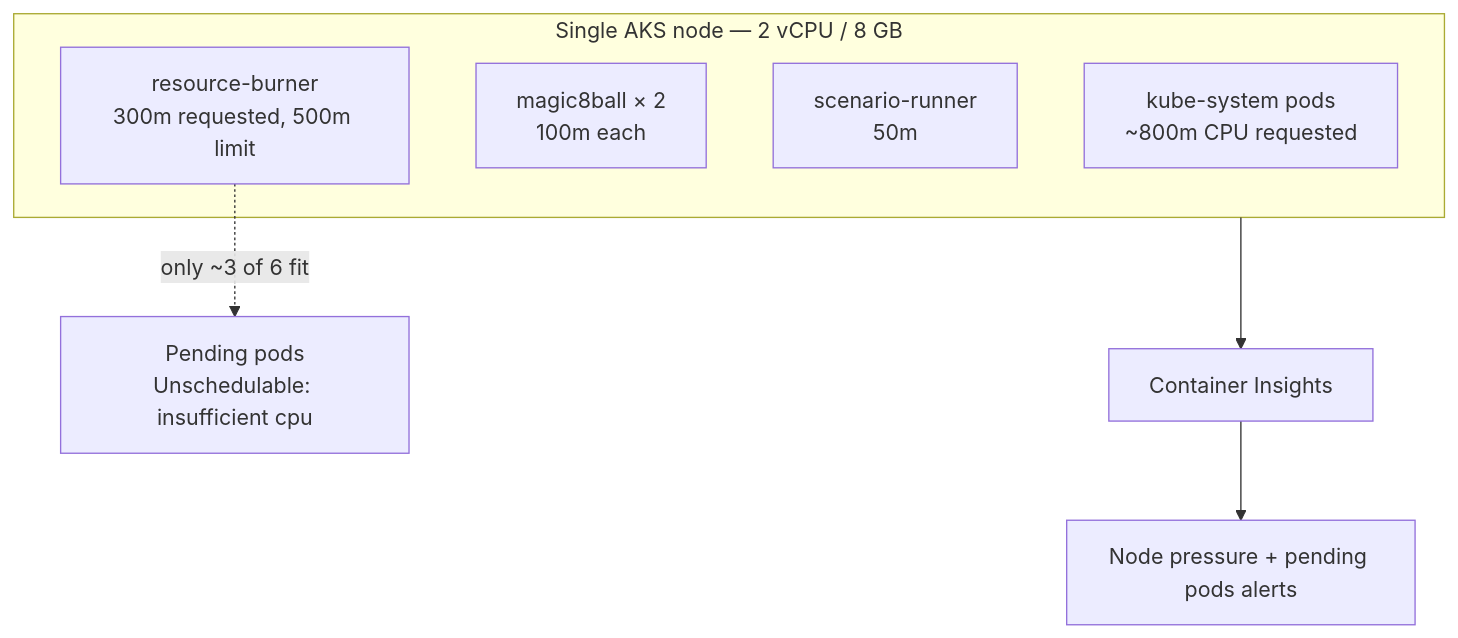
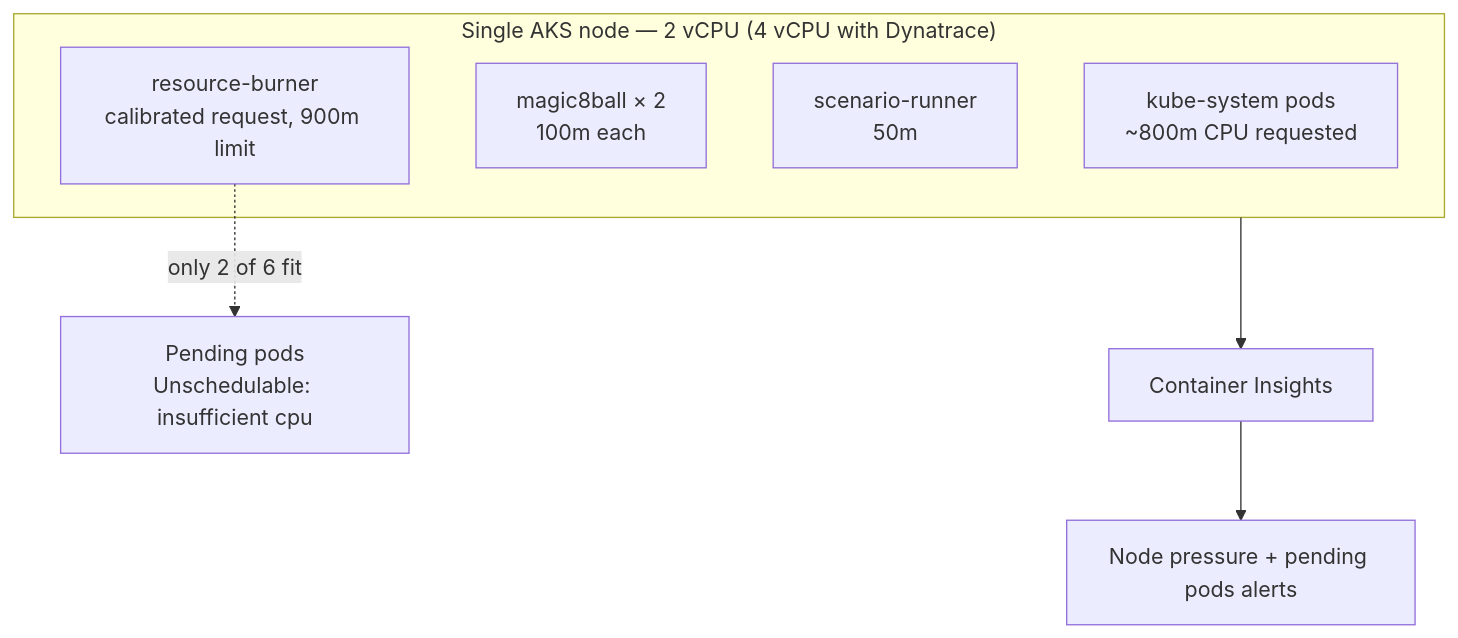
One commit to dmauser/az-sre-dtrace-snow changed the diagram in docs/scenarios/02-aks-capacity.md. Above: the diagram before and after it, drawn with Mermaid. The commit also changed other lines of this file and 9 other files, not shown here.

First line of the commit message:
Size AKS for Dynatrace and fix OneAgent injection in the lab namespace

````diff
--- a/docs/scenarios/02-aks-capacity.md
+++ b/docs/scenarios/02-aks-capacity.md
@@ -30,15 +30,15 @@
 ```mermaid
 flowchart TB
-    subgraph node ["Single AKS node — 2 vCPU / 8 GB"]
+    subgraph node ["Single AKS node — 2 vCPU (4 vCPU with Dynatrace)"]
         sys["kube-system pods<br/>~800m CPU requested"]
         m8["magic8ball × 2<br/>100m each"]
         runner["scenario-runner<br/>50m"]
-        burn["resource-burner<br/>300m requested, 500m limit"]
+        burn["resource-burner<br/>calibrated request, 900m limit"]
     end
     pending["Pending pods<br/>Unschedulable: insufficient cpu"]
     ci["Container Insights"]
     alert["Node pressure + pending pods alerts"]
 
-    burn -.->|"only ~3 of 6 fit"| pending
+    burn -.->|"only 2 of 6 fit"| pending
     node --> ci --> alert
 ```
````
